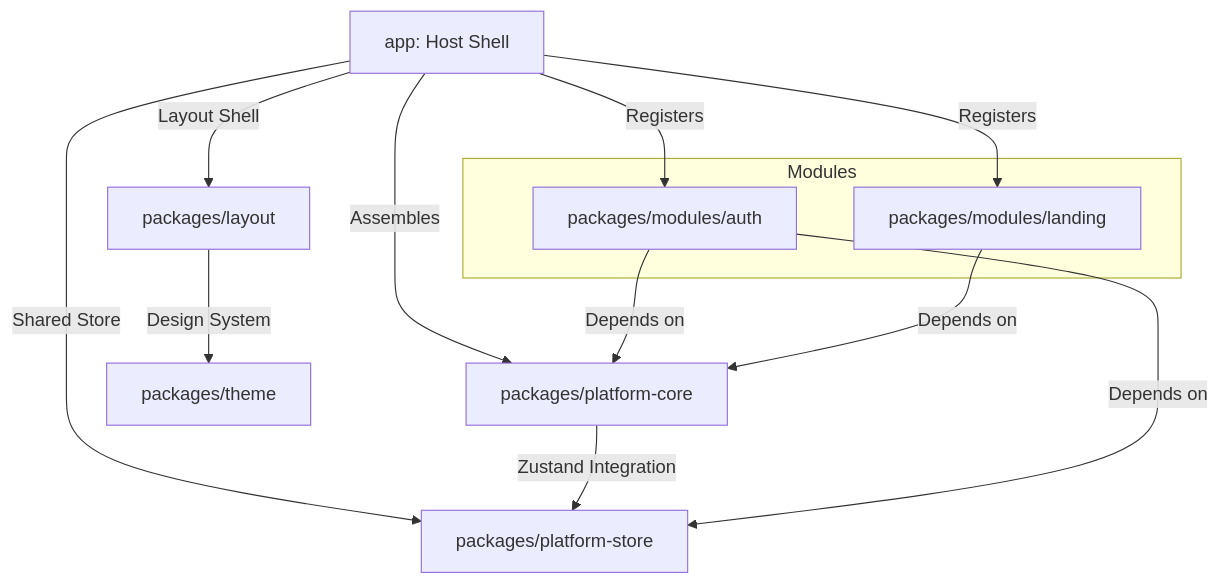
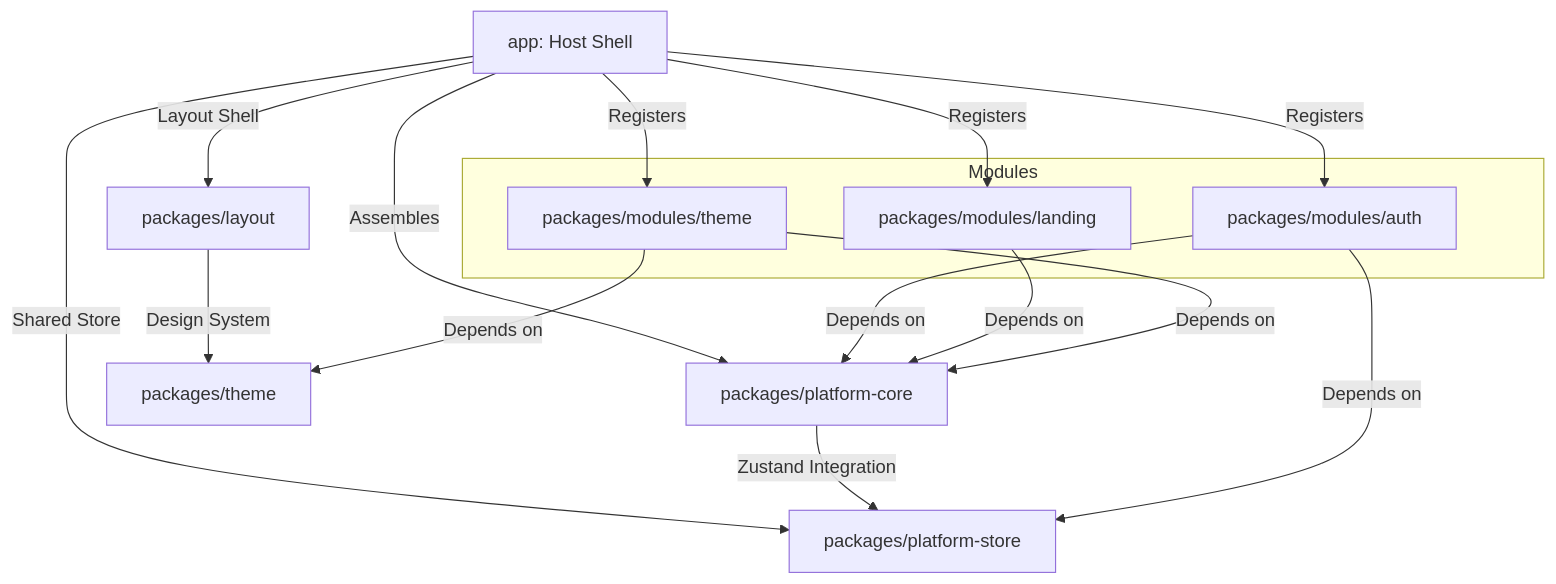
The diagram in analysis/comprehensive-codebase-guide.md (God-Lion/cap-boilerplaite), drawn with Mermaid before and after one commit. The commit also changed other lines of this file and 34 other files, not shown here.

Commit message:
docs: add package READMEs, technical analysis documents, and project architecture guides to improve onboarding and documentation.

````diff
--- a/analysis/comprehensive-codebase-guide.md
+++ b/analysis/comprehensive-codebase-guide.md
@@ -11,22 +11,26 @@
 ```mermaid
 graph TD
     App[app: Host Shell] -->|Assembles| Core[packages/platform-core]
     App -->|Layout Shell| Layout[packages/layout]
     App -->|Shared Store| Store[packages/platform-store]
     
     Layout -->|Design System| Theme[packages/theme]
     
     Core -->|Zustand Integration| Store
     
     subgraph Modules
         Auth[packages/modules/auth]
         Landing[packages/modules/landing]
+        ThemeModule[packages/modules/theme]
     end
     
     App -->|Registers| Auth
     App -->|Registers| Landing
+    App -->|Registers| ThemeModule
     
     Auth -->|Depends on| Core
     Auth -->|Depends on| Store
     Landing -->|Depends on| Core
+    ThemeModule -->|Depends on| Core
+    ThemeModule -->|Depends on| Theme
 ```
````
